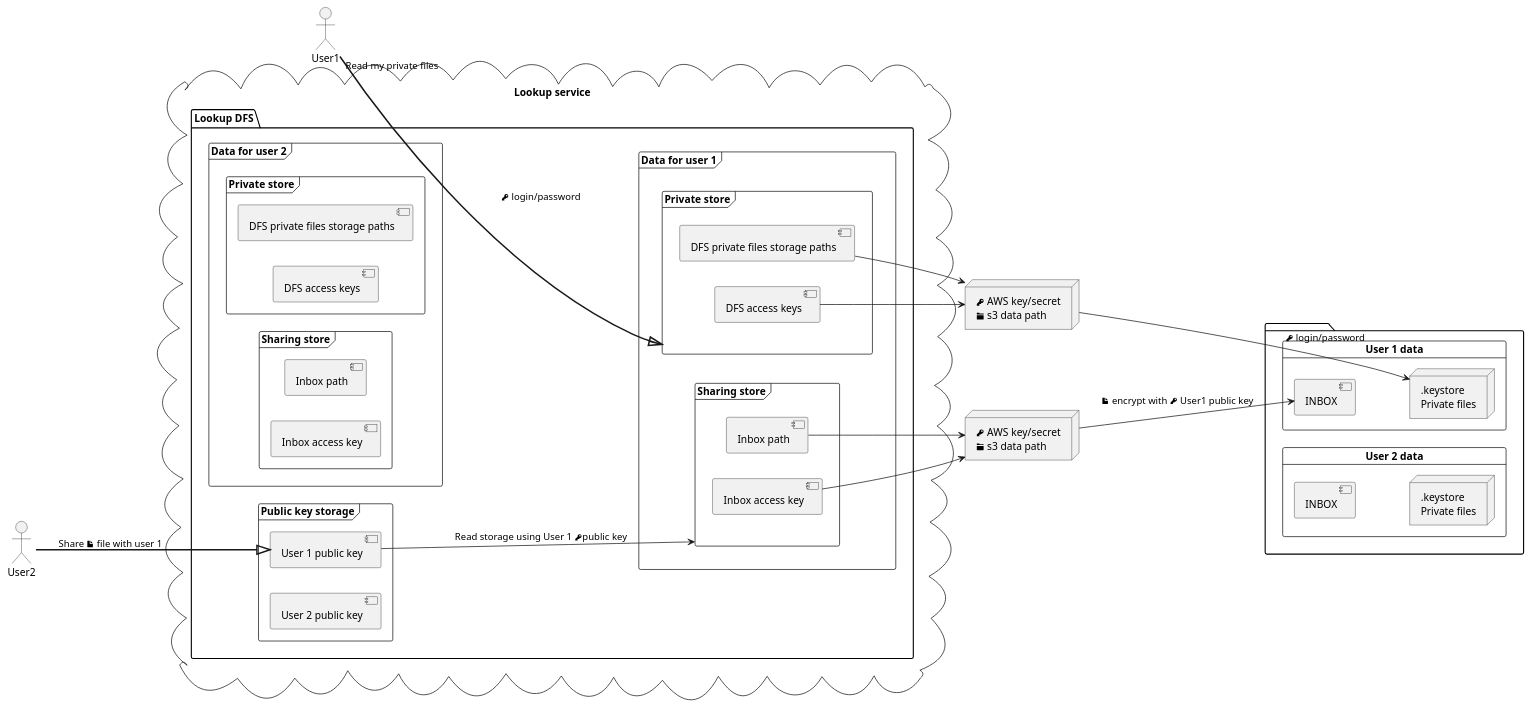
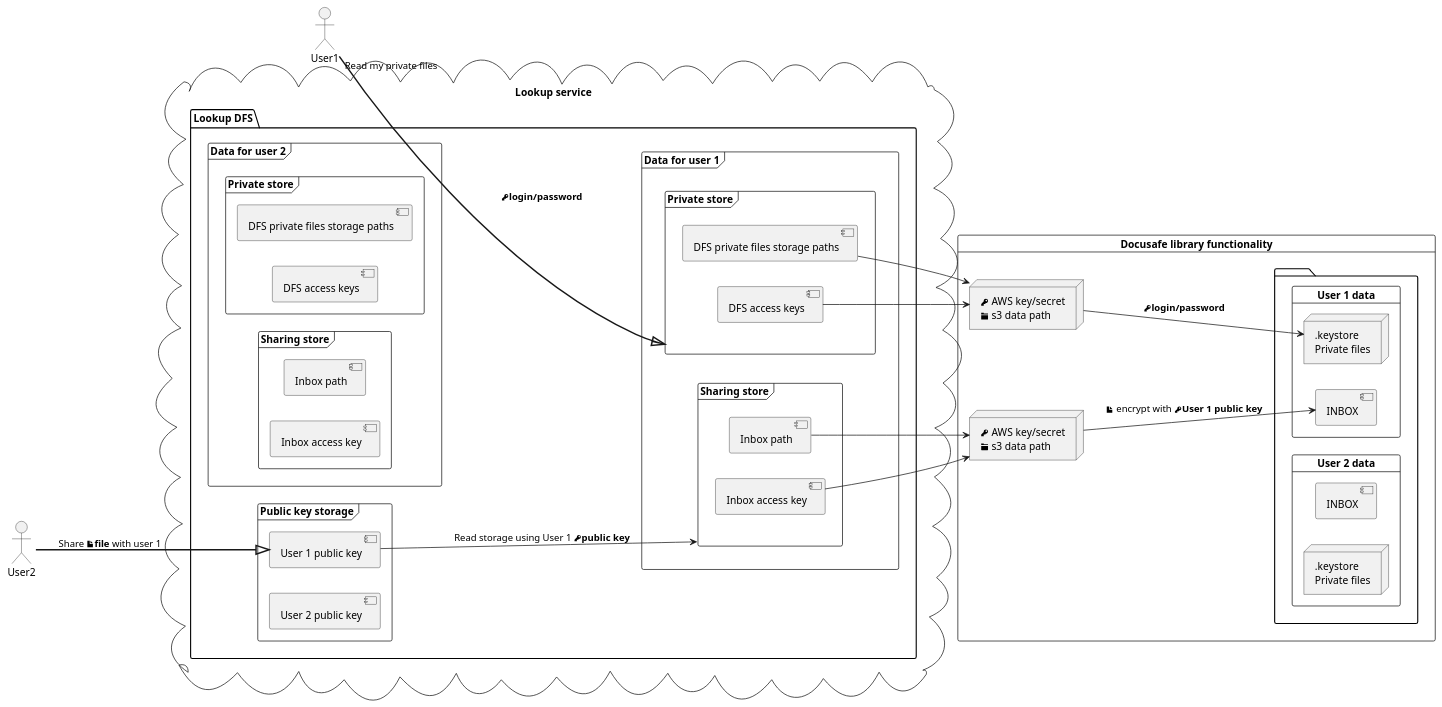
One commit to valb3r/docusafe changed the diagram in diagrams/generic_view.puml. Above: the diagram before and after it, drawn with PlantUML. The commit also changed 1 other file, not shown here.

```diff
--- a/diagrams/generic_view.puml
+++ b/diagrams/generic_view.puml
@@ -1,82 +1,83 @@
 @startuml
 cloud "Lookup service" {
   package "Lookup DFS" {
   left to right direction
     frame "Data for user 1" {
 
       frame "Private store" as privateStoreUser1 {
         [DFS private files storage paths] as mapPrivate1
         [DFS access keys] as privateAccessKey1
       }
 
       frame "Sharing store" as sharingStoreUser1 {
         [Inbox path] as mapInbox1
         [Inbox access key] as publicAccessKey1
       }
     }
 
     frame "Data for user 2" {
 
       frame "Private store" as privateStoreUser2 {
         [DFS private files storage paths] as mapPrivate2
         [DFS access keys] as privateAccessKey2
       }
 
       frame "Sharing store" as sharingStoreUser2 {
         [Inbox path] as mapInbox2
         [Inbox access key] as publicAccessKey2
       }
     }
 
     frame "Public key storage" {
       left to right direction
       [User 1 public key] as user1publicKey
       [User 2 public key] as user2publicKey
     }
   }
 }
 
+actor User1 as user1
+actor User2 as user2
+
+card "Docusafe library functionality" {
 package {
   card "User 1 data" as User1data {
     [INBOX] as inboxUsr1
     node filesUsr1 [
       .keystore
       Private files
     ]
-    inboxUsr1  ..[hidden] filesUsr1
   }
 
   card "User 2 data" as User2data {
     [INBOX] as inboxUsr2
     node filesUsr2 [
       .keystore
       Private files
     ]
-    inboxUsr2  ..[hidden] filesUsr2
   }
 }
 
-actor User1 as user1
+
 node user1privateFilesAccess [
 <&key> AWS key/secret
 <&folder> s3 data path
 ]
 
-user1 ==^ privateStoreUser1 : "Read my private files" <&key> login/password
+user1 ==^ privateStoreUser1 : "Read my private files" **<&key>login/password**
 mapPrivate1 --> user1privateFilesAccess
 privateAccessKey1 --> user1privateFilesAccess
-user1privateFilesAccess --> filesUsr1 :  <&key> login/password
+user1privateFilesAccess --> filesUsr1 :  **<&key>login/password**
 
-actor User2 as user2
 node user2shareFilesAccess [
 <&key> AWS key/secret
 <&folder> s3 data path
 ]
 
-user2 ==^ user1publicKey : Share <&file> file with user 1
-user1publicKey --> sharingStoreUser1 : Read storage using User 1 <&key>public key
+user2 ==^ user1publicKey : Share **<&file>file** with user 1
+user1publicKey --> sharingStoreUser1 : Read storage using User 1 **<&key>public key**
 mapInbox1 --> user2shareFilesAccess
 publicAccessKey1 --> user2shareFilesAccess
-user2shareFilesAccess --> inboxUsr1 : <&file> encrypt with <&key> User1 public key
-
+user2shareFilesAccess --> inboxUsr1 : <&file> encrypt with **<&key>User 1 public key**
+}
 @enduml
```
